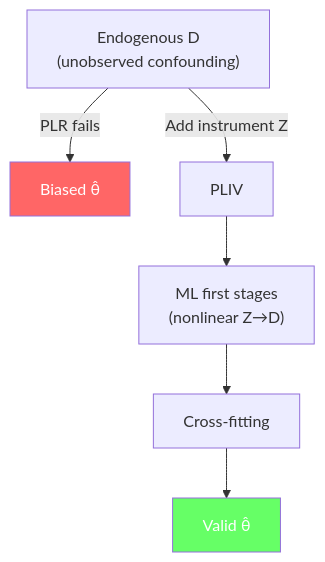
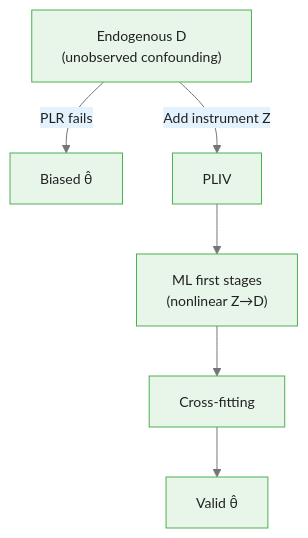
The third of 3 diagrams in courses/double-machine-learning/modules/module_07_instrumental_variables/guides/01_iv_with_dml_slides.md (m-deane/course-creator), drawn with Mermaid before and after one commit. The commit also changed other lines of this file and 40 other files, not shown here.

````diff
--- a/courses/double-machine-learning/modules/module_07_instrumental_variables/guides/01_iv_with_dml_slides.md
+++ b/courses/double-machine-learning/modules/module_07_instrumental_variables/guides/01_iv_with_dml_slides.md
@@ -205,10 +218,9 @@
 ```mermaid
+%%{init: {"theme": "base", "themeVariables": {"primaryColor": "#e8f5e9", "primaryBorderColor": "#4caf50", "primaryTextColor": "#212121", "secondaryColor": "#e3f2fd", "tertiaryColor": "#fff8e1", "lineColor": "#757575", "fontFamily": "Inter, sans-serif", "fontSize": "14px"}}}%%
 flowchart TD
     Endo["Endogenous D<br/>(unobserved confounding)"] -->|"PLR fails"| Bias["Biased θ̂"]
     Endo -->|"Add instrument Z"| PLIV["PLIV"]
     PLIV --> ML["ML first stages<br/>(nonlinear Z→D)"]
     ML --> CF["Cross-fitting"]
     CF --> Valid["Valid θ̂"]
-    style Bias fill:#f66,color:#fff
-    style Valid fill:#6f6,color:#fff
 ```
````
